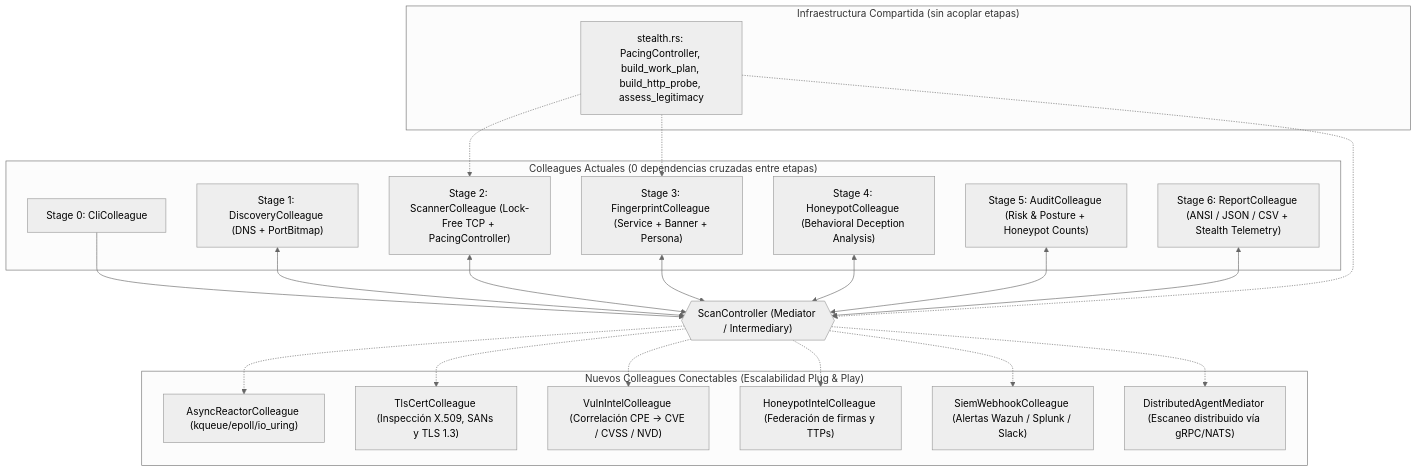
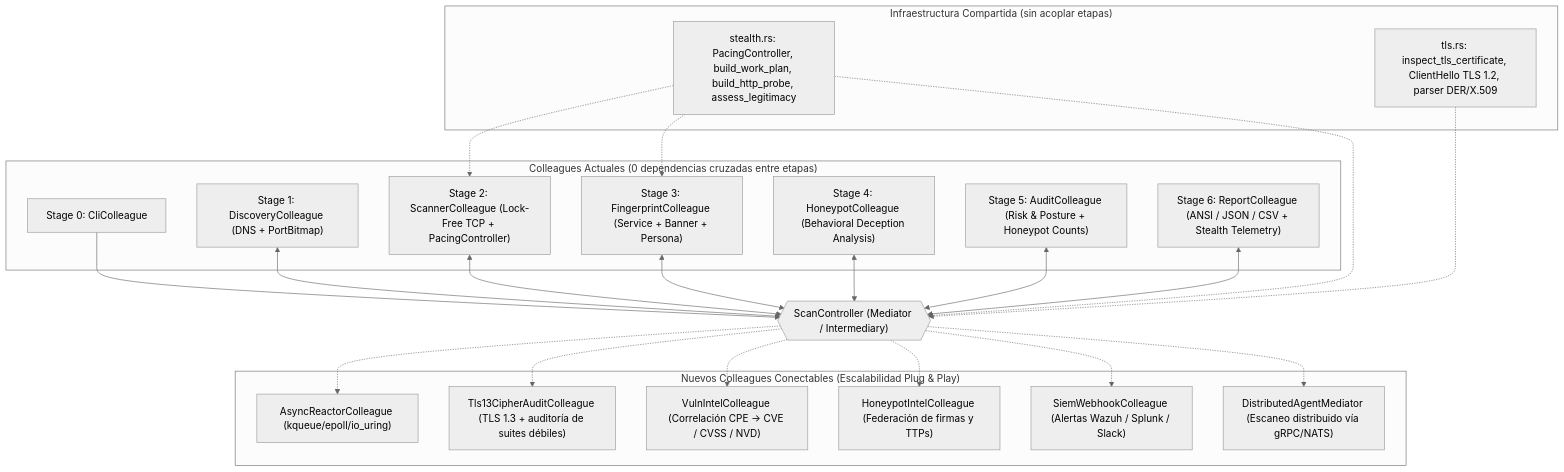
The fourth of 6 diagrams in ARCHITECTURE_MEDIATOR_UML.md (hoxtxnDev/HXSCAN-RUST), drawn with Mermaid (neutral theme) before and after one commit. The commit also changed other lines of this file and 19 other files, not shown here.

Commit message:
feat(v2.2): TLS/X.509 reconnaissance, service version extraction, certificate honeypot signals and pipeline optimizations

````diff
--- a/ARCHITECTURE_MEDIATOR_UML.md
+++ b/ARCHITECTURE_MEDIATOR_UML.md
@@ -364,46 +385,48 @@
 ```mermaid
 flowchart TB
     subgraph Current["Colleagues Actuales (0 dependencias cruzadas entre etapas)"]
         C0["Stage 0: CliColleague"]
         C1["Stage 1: DiscoveryColleague (DNS + PortBitmap)"]
         C2["Stage 2: ScannerColleague (Lock-Free TCP + PacingController)"]
         C3["Stage 3: FingerprintColleague (Service + Banner + Persona)"]
         C4["Stage 4: HoneypotColleague (Behavioral Deception Analysis)"]
         C5["Stage 5: AuditColleague (Risk & Posture + Honeypot Counts)"]
         C6["Stage 6: ReportColleague (ANSI / JSON / CSV + Stealth Telemetry)"]
     end
 
     subgraph Shared["Infraestructura Compartida (sin acoplar etapas)"]
         ST["stealth.rs: PacingController, build_work_plan, build_http_probe, assess_legitimacy"]
+        TLS["tls.rs: inspect_tls_certificate, ClientHello TLS 1.2, parser DER/X.509"]
     end
 
     M{{"ScanController (Mediator / Intermediary)"}}
 
     subgraph Future["Nuevos Colleagues Conectables (Escalabilidad Plug & Play)"]
         F1["AsyncReactorColleague (kqueue/epoll/io_uring)"]
-        F2["TlsCertColleague (Inspección X.509, SANs y TLS 1.3)"]
+        F2["Tls13CipherAuditColleague (TLS 1.3 + auditoría de suites débiles)"]
         F3["VulnIntelColleague (Correlación CPE -> CVE / CVSS / NVD)"]
         F4["HoneypotIntelColleague (Federación de firmas y TTPs)"]
         F5["SiemWebhookColleague (Alertas Wazuh / Splunk / Slack)"]
         F6["DistributedAgentMediator (Escaneo distribuido vía gRPC/NATS)"]
     end
 
     C0 --> M
     C1 <--> M
     C2 <--> M
     C3 <--> M
     C4 <--> M
     C5 <--> M
     C6 <--> M
 
     ST -.-> C2
     ST -.-> C3
     ST -.-> M
+    TLS -.-> M
 
     M -.-> F1
     M -.-> F2
     M -.-> F3
     M -.-> F4
     M -.-> F5
     M -.-> F6
 ```
````
